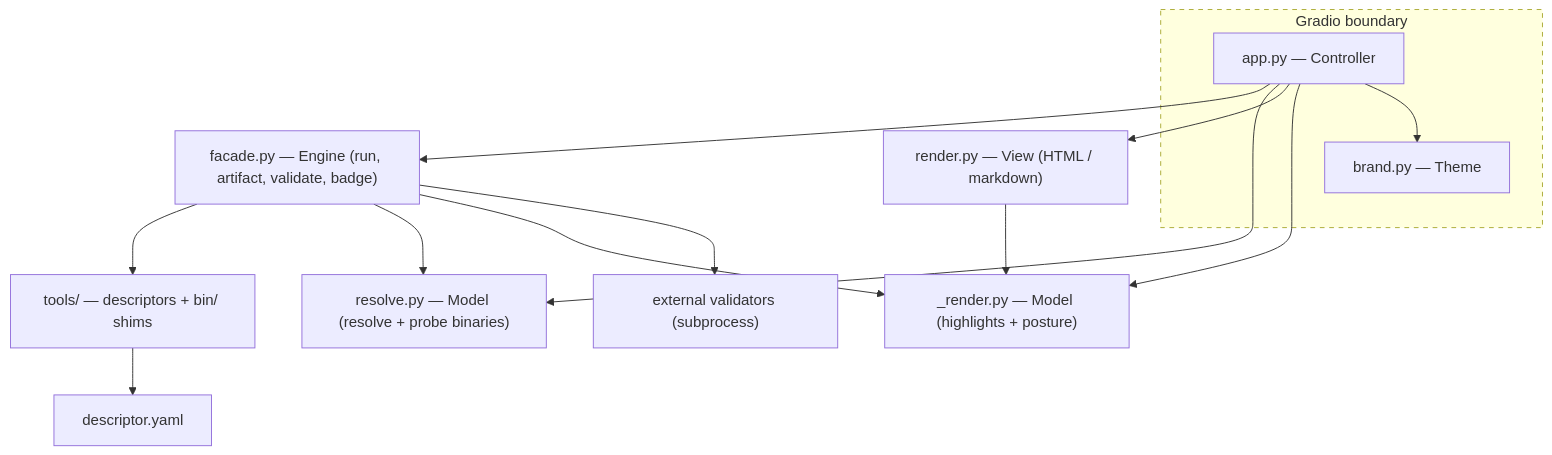
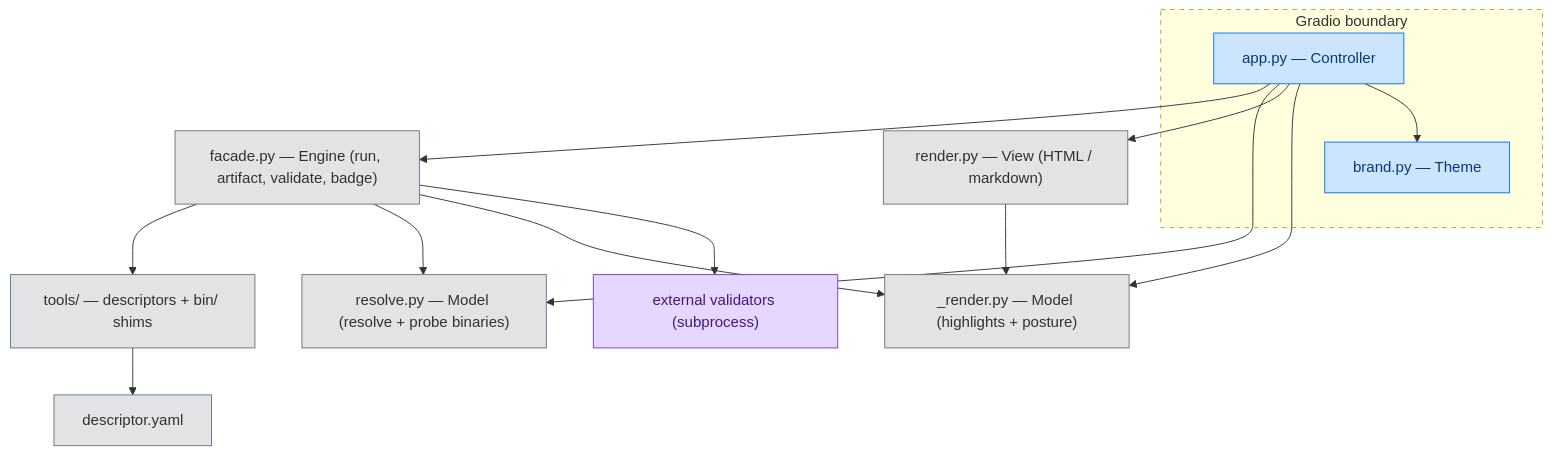
One commit to paul007ex/breachsafe-ux changed the second of 2 diagrams in docs/explanation/architecture.md. Above: the diagram before and after it, drawn with Mermaid. The commit also changed other lines of this file and 10 other files, not shown here.

First line of the commit message:
docs: add semantic colour to the Mermaid diagrams (#156)

````diff
--- a/docs/explanation/architecture.md
+++ b/docs/explanation/architecture.md
@@ -51,28 +63,37 @@
 ```mermaid
 flowchart TD
     tools["tools/ — descriptors + bin/ shims"]
     desc["descriptor.yaml"]
     resolve["resolve.py — Model (resolve + probe binaries)"]
     facade["facade.py — Engine (run, artifact, validate, badge)"]
     rendermodel["_render.py — Model (highlights + posture)"]
     view["render.py — View (HTML / markdown)"]
     validators["external validators (subprocess)"]
 
     subgraph gradio["Gradio boundary"]
         app["app.py — Controller"]
         brand["brand.py — Theme"]
     end
 
     tools --> desc
     facade --> tools
     facade --> resolve
     facade --> rendermodel
     facade --> validators
     app --> facade
     app --> resolve
     app --> view
     app --> rendermodel
     app --> brand
     view --> rendermodel
     style gradio stroke-dasharray: 5 5
+    classDef valid       fill:#d4edda,stroke:#28a745,color:#155724;
+    classDef invalid     fill:#f8d7da,stroke:#dc3545,color:#721c24;
+    classDef unavailable fill:#fff3cd,stroke:#fd7e14,color:#7a4a00;
+    classDef process     fill:#cce5ff,stroke:#0d6efd,color:#0a3678;
+    classDef artifact    fill:#e2e3e5,stroke:#6c757d,color:#2f3336;
+    classDef external    fill:#e7d6ff,stroke:#6f42c1,color:#3d1a78;
+    class app,brand process;
+    class tools,desc,resolve,facade,rendermodel,view artifact;
+    class validators external;
 ```
````
